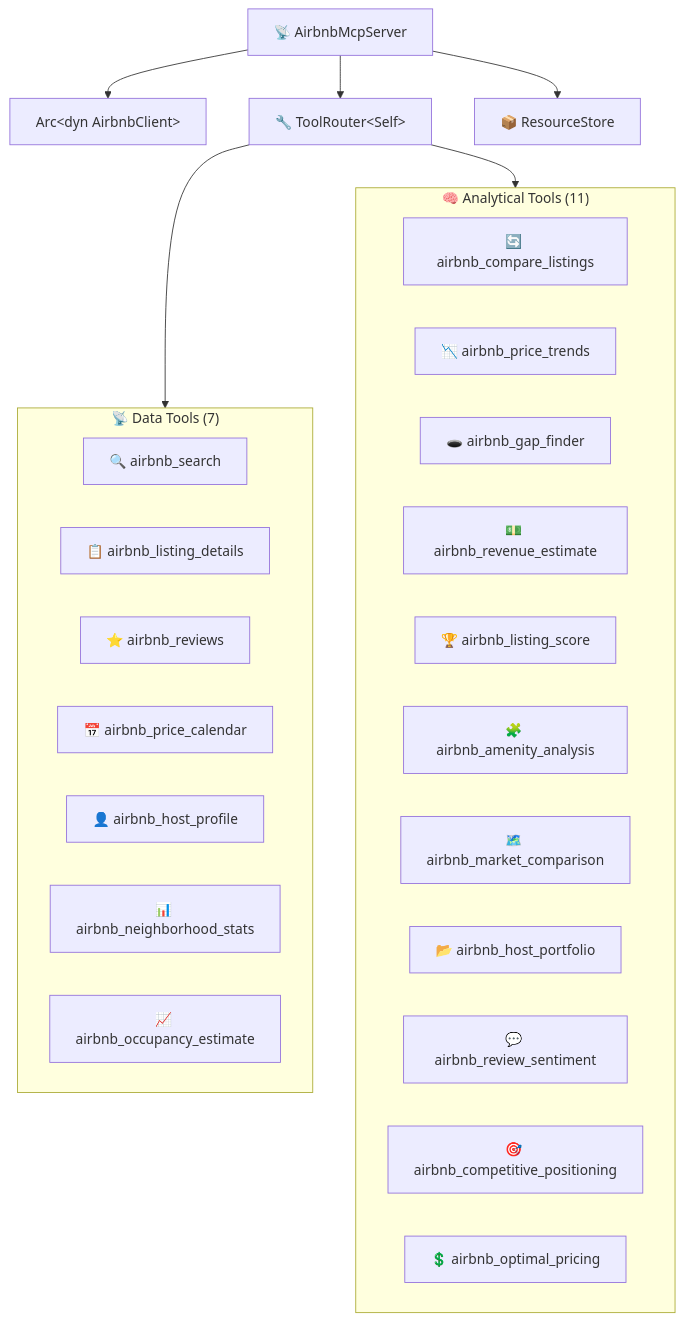
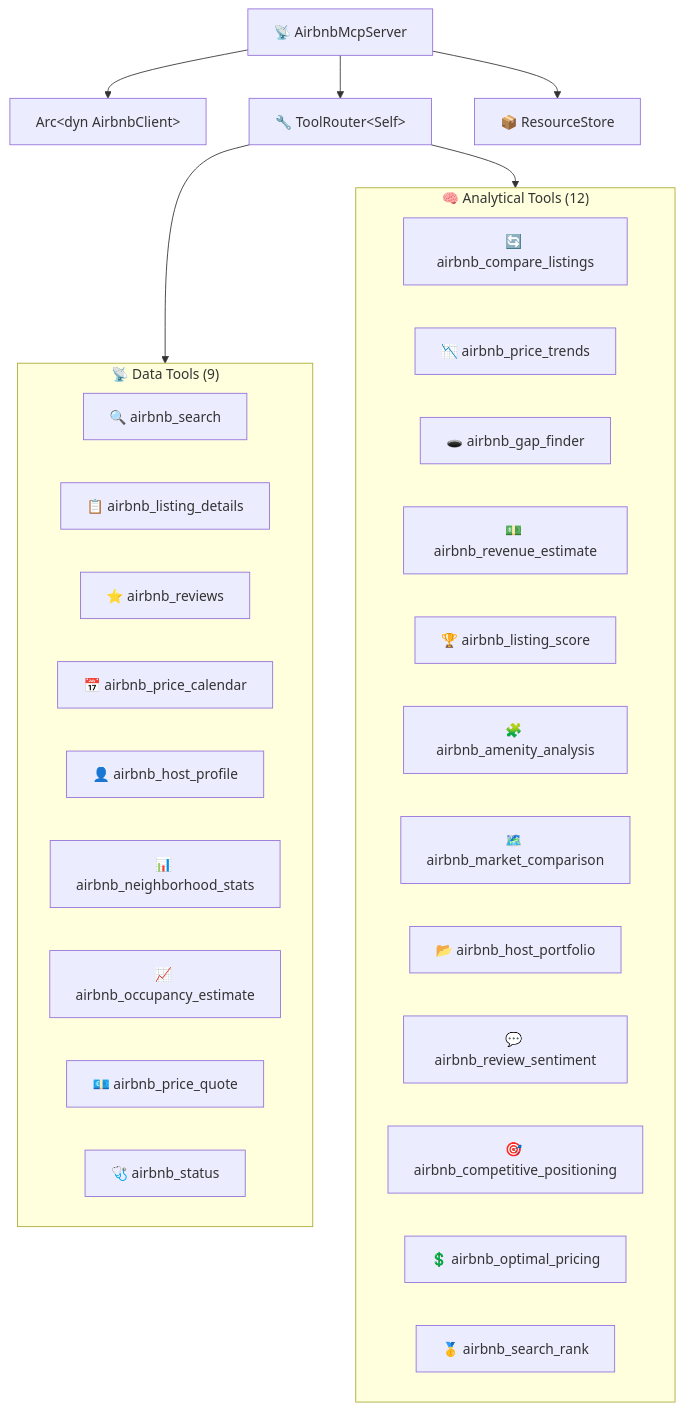
The diagram in src/mcp/README.md (muchiny/mcp-airbnb), drawn with Mermaid before and after one commit. The commit also changed other lines of this file and 97 other files, not shown here.

````diff
--- a/src/mcp/README.md
+++ b/src/mcp/README.md
@@ -17,34 +17,37 @@
 ```mermaid
 flowchart TD
     Server["📡 AirbnbMcpServer"]
     Server --> Client["Arc&lt;dyn AirbnbClient&gt;"]
     Server --> Router["🔧 ToolRouter&lt;Self&gt;"]
     Server --> Resources["📦 ResourceStore"]
 
-    subgraph Data["📡 Data Tools (7)"]
+    subgraph Data["📡 Data Tools (9)"]
         S["🔍 airbnb_search"]
         D["📋 airbnb_listing_details"]
         R["⭐ airbnb_reviews"]
         C["📅 airbnb_price_calendar"]
         H["👤 airbnb_host_profile"]
         N["📊 airbnb_neighborhood_stats"]
         O["📈 airbnb_occupancy_estimate"]
+        Q["💶 airbnb_price_quote"]
+        ST["🩺 airbnb_status"]
     end
 
-    subgraph Analytical["🧠 Analytical Tools (11)"]
+    subgraph Analytical["🧠 Analytical Tools (12)"]
         CMP["🔄 airbnb_compare_listings"]
         PT["📉 airbnb_price_trends"]
         GF["🕳️ airbnb_gap_finder"]
         RE["💵 airbnb_revenue_estimate"]
         LS["🏆 airbnb_listing_score"]
         AA["🧩 airbnb_amenity_analysis"]
         MC["🗺️ airbnb_market_comparison"]
         HP["📂 airbnb_host_portfolio"]
         RS["💬 airbnb_review_sentiment"]
         CP["🎯 airbnb_competitive_positioning"]
         OP["💲 airbnb_optimal_pricing"]
+        SR["🥇 airbnb_search_rank"]
     end
 
     Router --> Data
     Router --> Analytical
 ```
````
